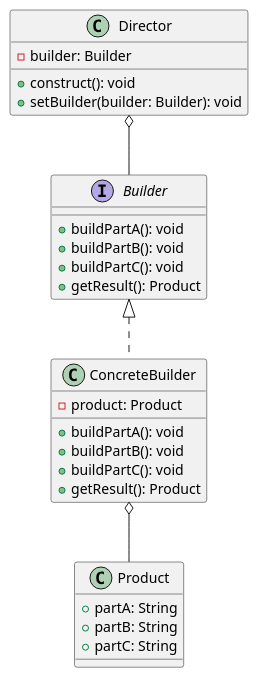
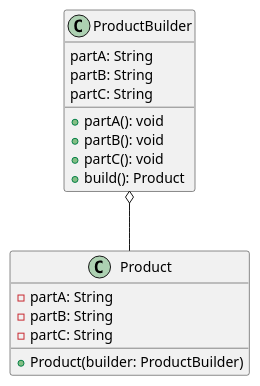
Before and after one commit to dtm03/patterns: the diagram in diagrams/BuilderPattern.puml, drawn with PlantUML. The commit also changed 10 other files, not shown here.

Commit message:
feat: Improve diagrams

```diff
--- a/diagrams/BuilderPattern.puml
+++ b/diagrams/BuilderPattern.puml
@@ -1,33 +1,21 @@
 @startuml
 class Product {
-    +partA: String
-    +partB: String
-    +partC: String
+    -partA: String
+    -partB: String
+    -partC: String
+    +Product(builder: ProductBuilder)
 }
 
-interface Builder {
-    +buildPartA(): void
-    +buildPartB(): void
-    +buildPartC(): void
-    +getResult(): Product
+class ProductBuilder {
+    +partA(): void
+    +partB(): void
+    +partC(): void
+    +build(): Product
+    partA: String
+    partB: String
+    partC: String
 }
 
-class ConcreteBuilder {
-    +buildPartA(): void
-    +buildPartB(): void
-    +buildPartC(): void
-    +getResult(): Product
-    -product: Product
-}
-
-class Director {
-    +construct(): void
-    -builder: Builder
-    +setBuilder(builder: Builder): void
-}
-
-Builder <|.. ConcreteBuilder
-Director o-- Builder
-ConcreteBuilder o-- Product
+ProductBuilder o-- Product
 
 @enduml
```
